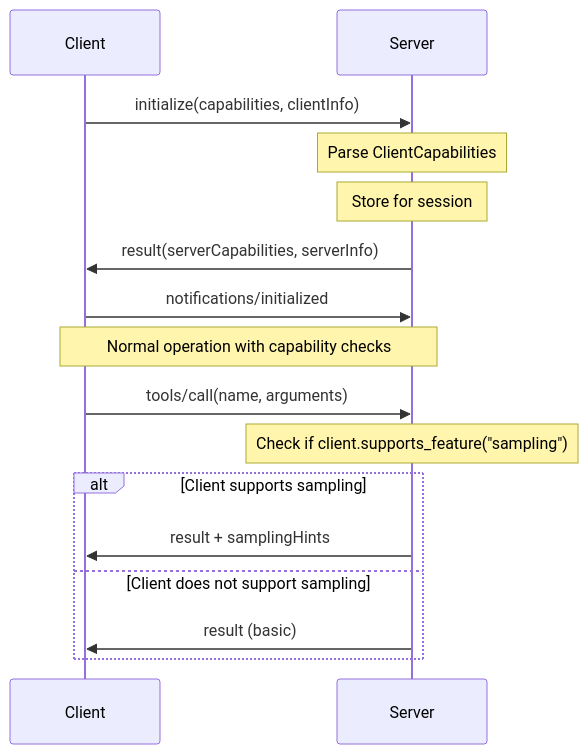
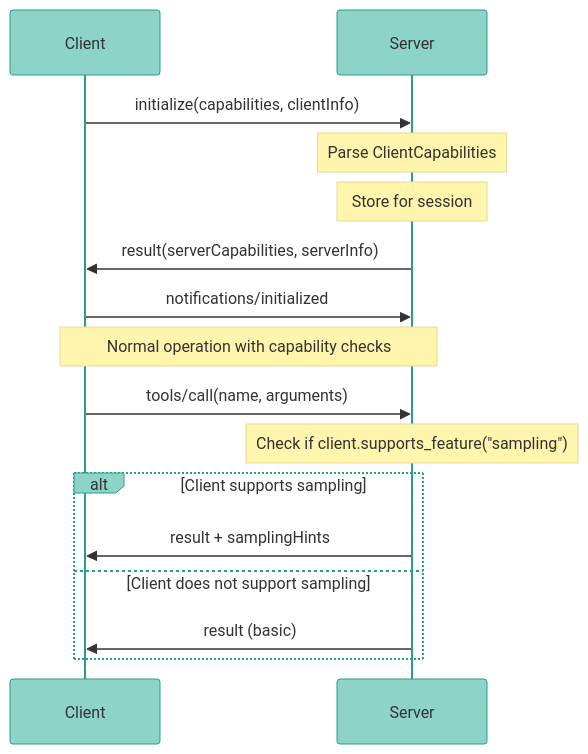
Before and after one commit to vishnu2kmohan/mcp-server-langgraph: the diagram in docs/architecture/adr-0082-mcp-client-capabilities.mdx, drawn with Mermaid. The commit also changed 527 other files, not shown here.

````diff
--- a/docs/architecture/adr-0082-mcp-client-capabilities.mdx
+++ b/docs/architecture/adr-0082-mcp-client-capabilities.mdx
@@ -290,21 +290,30 @@
 ```mermaid
+%% ColorBrewer2 Set3 palette - each component type uniquely colored
+%%{init: {'theme':'base', 'themeVariables': {
+  'primaryColor':'#8dd3c7',
+  'primaryTextColor':'#333',
+  'primaryBorderColor':'#2a9d8f',
+  'lineColor':'#fb8072',
+  'secondaryColor':'#fdb462',
+  'tertiaryColor':'#b3de69'
+}}}%%
 sequenceDiagram
     participant Client
     participant Server
 
     Client->>Server: initialize(capabilities, clientInfo)
     Note over Server: Parse ClientCapabilities
     Note over Server: Store for session
     Server->>Client: result(serverCapabilities, serverInfo)
     Client->>Server: notifications/initialized
 
     Note over Server,Client: Normal operation with capability checks
 
     Client->>Server: tools/call(name, arguments)
     Note over Server: Check if client.supports_feature("sampling")
     alt Client supports sampling
         Server->>Client: result + samplingHints
     else Client does not support sampling
         Server->>Client: result (basic)
     end
 ```
````
